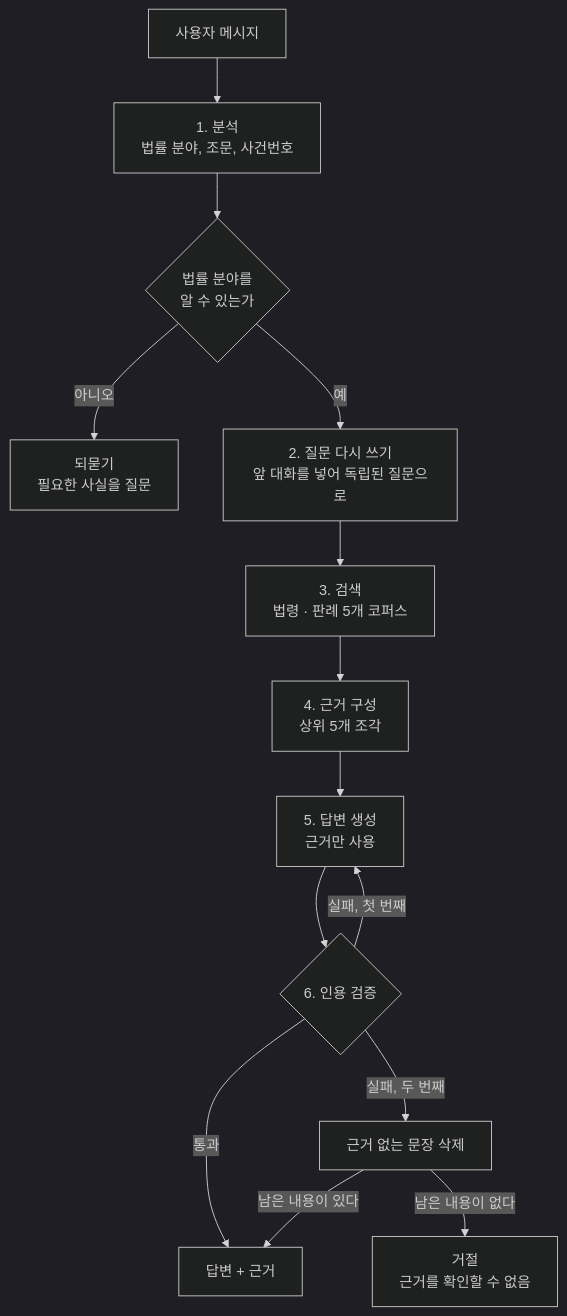
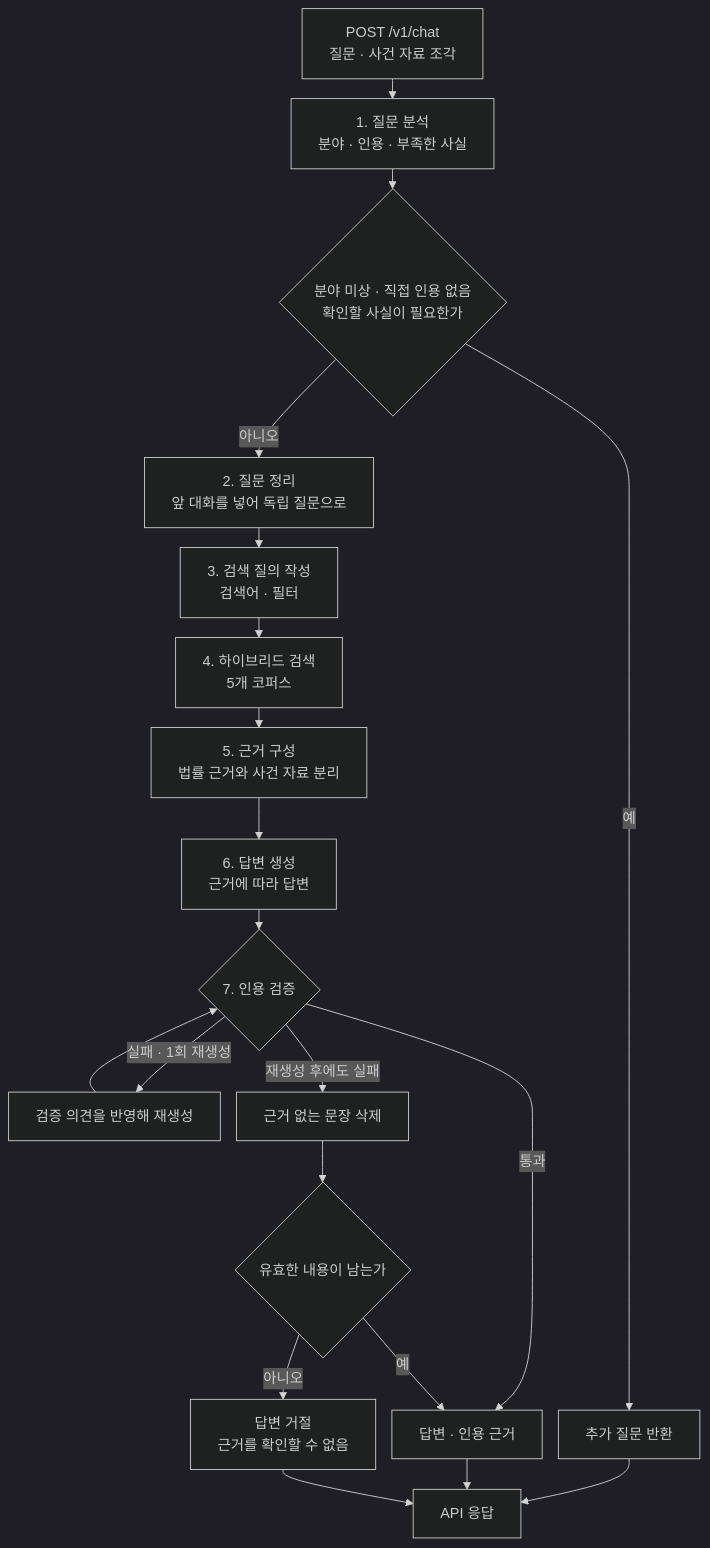
One commit to Fulish0707/LegalAssistant changed the second of 3 diagrams in README.md. Above: the diagram before and after it, drawn with Mermaid (dark theme). The commit also changed other lines of this file and 24 other files, not shown here.

```diff
--- a/README.md
+++ b/README.md
@@ -91,16 +130,23 @@
 ~~~mermaid
+%%{init: {"flowchart": {"nodeSpacing": 18, "rankSpacing": 22, "diagramPadding": 4}}}%%
 flowchart TB
-    Q["사용자 메시지"] --> A["1. 분석<br/>법률 분야, 조문, 사건번호"]
-    A --> C{"법률 분야를<br/>알 수 있는가"}
-    C -->|"아니오"| Ask["되묻기<br/>필요한 사실을 질문"]
-    C -->|"예"| D["2. 질문 다시 쓰기<br/>앞 대화를 넣어 독립된 질문으로"]
-    D --> R["3. 검색<br/>법령 · 판례 5개 코퍼스"]
-    R --> E["4. 근거 구성<br/>상위 5개 조각"]
-    E --> G["5. 답변 생성<br/>근거만 사용"]
-    G --> V{"6. 인용 검증"}
-    V -->|"통과"| OK["답변 + 근거"]
-    V -->|"실패, 첫 번째"| G
-    V -->|"실패, 두 번째"| S["근거 없는 문장 삭제"]
-    S -->|"남은 내용이 있다"| OK
-    S -->|"남은 내용이 없다"| X["거절<br/>근거를 확인할 수 없음"]
+    Request["POST /v1/chat<br/>질문 · 사건 자료 조각"] --> Analyze["1. 질문 분석<br/>분야 · 인용 · 부족한 사실"]
+    Analyze --> ClarifyGate{"분야 미상 · 직접 인용 없음<br/>확인할 사실이 필요한가"}
+    ClarifyGate -->|"예"| Ask["추가 질문 반환"]
+    ClarifyGate -->|"아니오"| Condense["2. 질문 정리<br/>앞 대화를 넣어 독립 질문으로"]
+    Condense --> Rewrite["3. 검색 질의 작성<br/>검색어 · 필터"]
+    Rewrite --> Retrieve["4. 하이브리드 검색<br/>5개 코퍼스"]
+    Retrieve --> Context["5. 근거 구성<br/>법률 근거와 사건 자료 분리"]
+    Context --> Generate["6. 답변 생성<br/>근거에 따라 답변"]
+    Generate --> Verify{"7. 인용 검증"}
+    Verify -->|"통과"| Answer["답변 · 인용 근거"]
+    Verify -->|"실패 · 1회 재생성"| Retry["검증 의견을 반영해 재생성"]
+    Retry --> Verify
+    Verify -->|"재생성 후에도 실패"| Strip["근거 없는 문장 삭제"]
+    Strip --> Remaining{"유효한 내용이 남는가"}
+    Remaining -->|"예"| Answer
+    Remaining -->|"아니오"| Reject["답변 거절<br/>근거를 확인할 수 없음"]
+    Ask --> Response["API 응답"]
+    Answer --> Response
+    Reject --> Response
 ~~~
```
